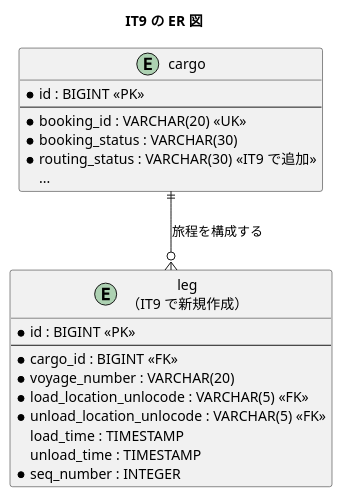
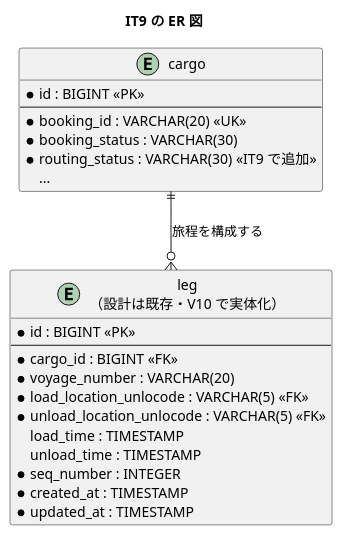
Before and after one commit to k2works/case-study-cargo-tracker: the third of 5 diagrams in docs/development/iteration_plan-9.md, drawn with PlantUML. The commit also changed other lines of this file and 4 other files, not shown here.

````diff
--- a/docs/development/iteration_plan-9.md
+++ b/docs/development/iteration_plan-9.md
@@ -333,28 +458,30 @@
 ```plantuml
 @startuml
 title IT9 の ER 図
 
 entity "cargo" as cargo {
   * id : BIGINT <<PK>>
   --
   * booking_id : VARCHAR(20) <<UK>>
   * booking_status : VARCHAR(30)
   * routing_status : VARCHAR(30) <<IT9 で追加>>
   ...
 }
 
-entity "leg\n（IT9 で新規作成）" as leg {
+entity "leg\n（設計は既存・V10 で実体化）" as leg {
   * id : BIGINT <<PK>>
   --
   * cargo_id : BIGINT <<FK>>
   * voyage_number : VARCHAR(20)
   * load_location_unlocode : VARCHAR(5) <<FK>>
   * unload_location_unlocode : VARCHAR(5) <<FK>>
   load_time : TIMESTAMP
   unload_time : TIMESTAMP
   * seq_number : INTEGER
+  * created_at : TIMESTAMP
+  * updated_at : TIMESTAMP
 }
 
 cargo ||--o{ leg : "旅程を構成する"
 @enduml
 ```
````
